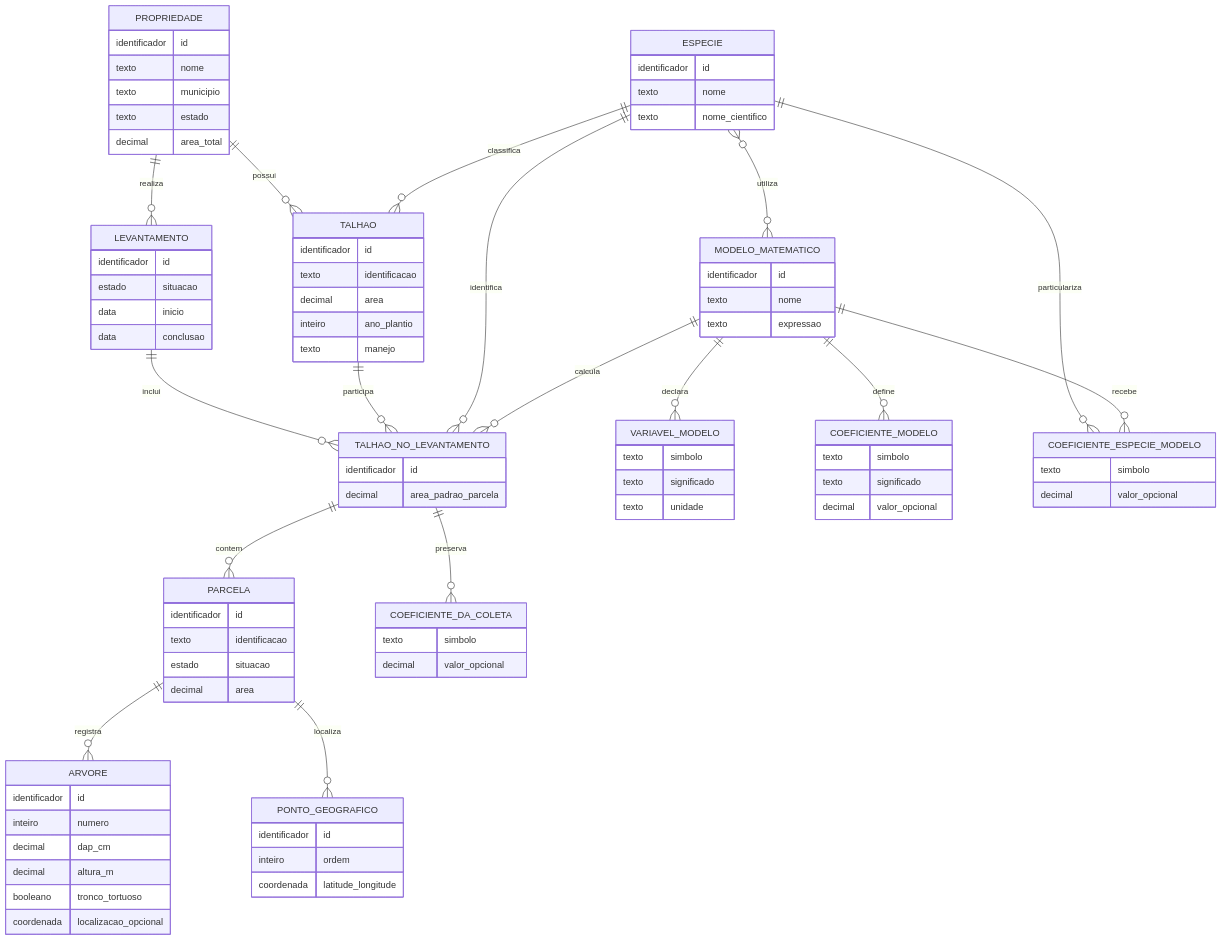
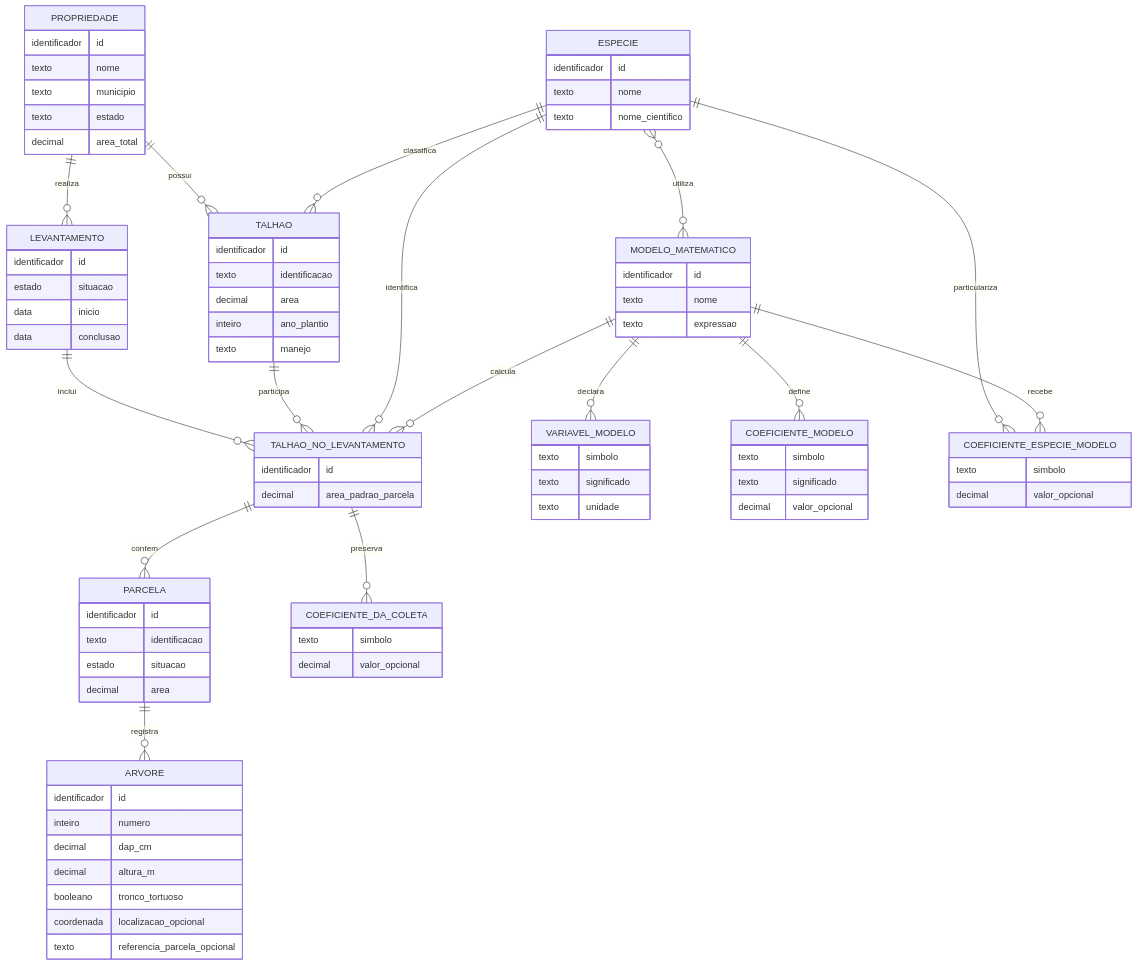
One commit to mateushernandes10-droid/dendro_mobile changed the diagram in tcc_codex_context/docs/diagrams/09_modelo_conceitual_banco.mmd. Above: the diagram before and after it, drawn with Mermaid. The commit also changed 26 other files, not shown here.

```diff
--- a/tcc_codex_context/docs/diagrams/09_modelo_conceitual_banco.mmd
+++ b/tcc_codex_context/docs/diagrams/09_modelo_conceitual_banco.mmd
@@ -1,89 +1,84 @@
 erDiagram
     PROPRIEDADE ||--o{ TALHAO : possui
     PROPRIEDADE ||--o{ LEVANTAMENTO : realiza
     ESPECIE ||--o{ TALHAO : classifica
     LEVANTAMENTO ||--o{ TALHAO_NO_LEVANTAMENTO : inclui
     TALHAO ||--o{ TALHAO_NO_LEVANTAMENTO : participa
     ESPECIE ||--o{ TALHAO_NO_LEVANTAMENTO : identifica
     MODELO_MATEMATICO ||--o{ TALHAO_NO_LEVANTAMENTO : calcula
     TALHAO_NO_LEVANTAMENTO ||--o{ PARCELA : contem
     PARCELA ||--o{ ARVORE : registra
-    PARCELA ||--o{ PONTO_GEOGRAFICO : localiza
     ESPECIE }o--o{ MODELO_MATEMATICO : utiliza
     MODELO_MATEMATICO ||--o{ VARIAVEL_MODELO : declara
     MODELO_MATEMATICO ||--o{ COEFICIENTE_MODELO : define
     ESPECIE ||--o{ COEFICIENTE_ESPECIE_MODELO : particulariza
     MODELO_MATEMATICO ||--o{ COEFICIENTE_ESPECIE_MODELO : recebe
     TALHAO_NO_LEVANTAMENTO ||--o{ COEFICIENTE_DA_COLETA : preserva
 
     PROPRIEDADE {
         identificador id
         texto nome
         texto municipio
         texto estado
         decimal area_total
     }
     TALHAO {
         identificador id
         texto identificacao
         decimal area
         inteiro ano_plantio
         texto manejo
     }
     ESPECIE {
         identificador id
         texto nome
         texto nome_cientifico
     }
     LEVANTAMENTO {
         identificador id
         estado situacao
         data inicio
         data conclusao
     }
     TALHAO_NO_LEVANTAMENTO {
         identificador id
         decimal area_padrao_parcela
     }
     PARCELA {
         identificador id
         texto identificacao
         estado situacao
         decimal area
     }
     ARVORE {
         identificador id
         inteiro numero
         decimal dap_cm
         decimal altura_m
         booleano tronco_tortuoso
         coordenada localizacao_opcional
-    }
-    PONTO_GEOGRAFICO {
-        identificador id
-        inteiro ordem
-        coordenada latitude_longitude
+        texto referencia_parcela_opcional
     }
     MODELO_MATEMATICO {
         identificador id
         texto nome
         texto expressao
     }
     VARIAVEL_MODELO {
         texto simbolo
         texto significado
         texto unidade
     }
     COEFICIENTE_MODELO {
         texto simbolo
         texto significado
         decimal valor_opcional
     }
     COEFICIENTE_ESPECIE_MODELO {
         texto simbolo
         decimal valor_opcional
     }
     COEFICIENTE_DA_COLETA {
         texto simbolo
         decimal valor_opcional
     }
```
